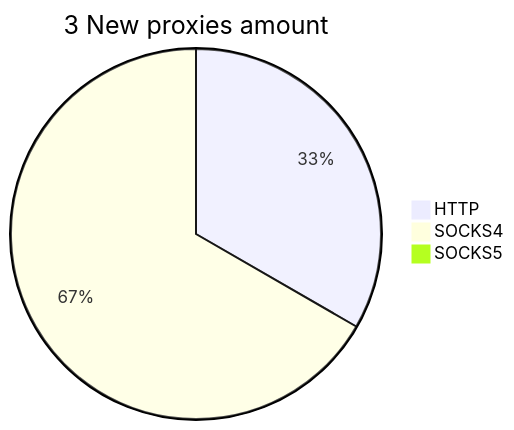
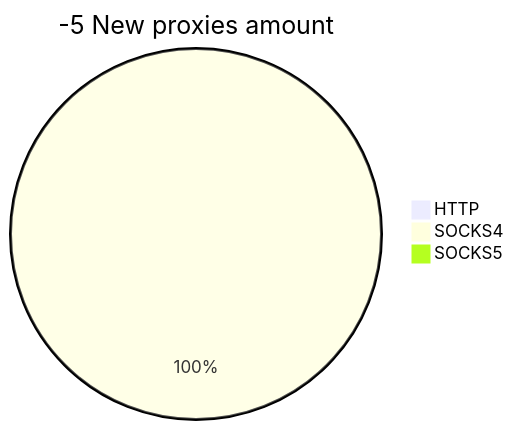
The second of 2 diagrams in README.md (cutipu/proxylist), drawn with Mermaid before and after one commit. The commit also changed other lines of this file, not shown here.

````diff
--- a/README.md
+++ b/README.md
@@ -10,6 +10,6 @@
 ```mermaid
-pie title 3 New proxies amount
-    "HTTP" : 1
-    "SOCKS4" : 2
+pie title -5 New proxies amount
+    "HTTP" : 0
+    "SOCKS4" : 5
     "SOCKS5" : 0
 ```
````
